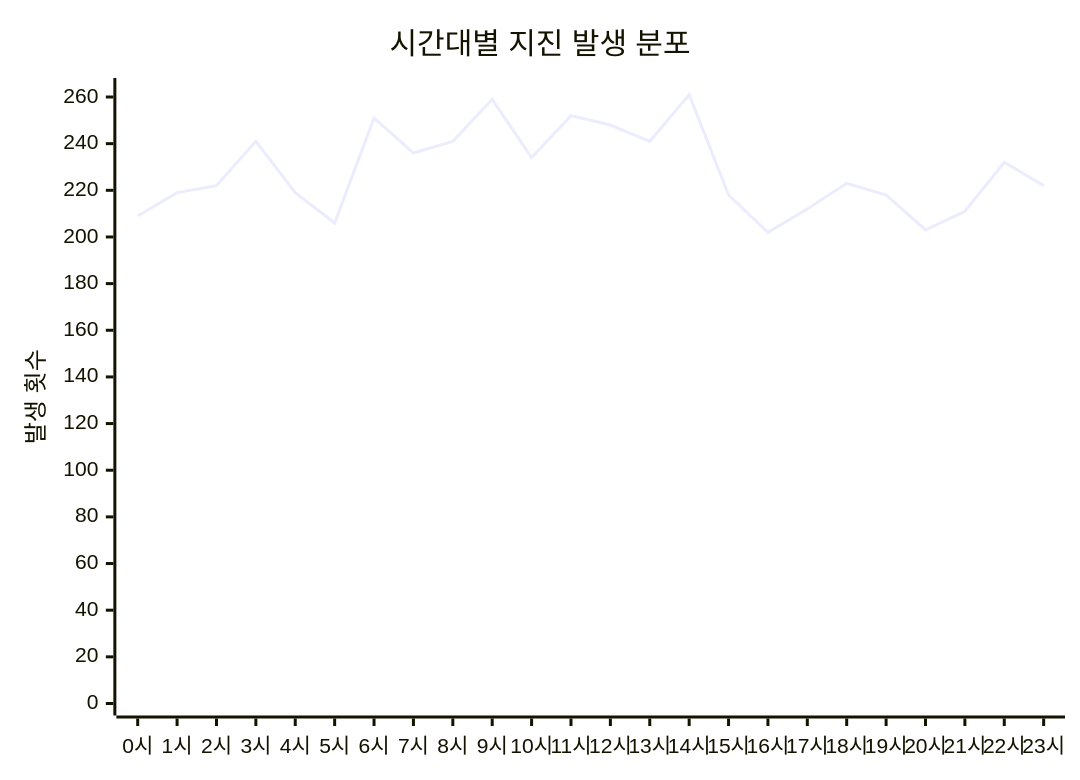
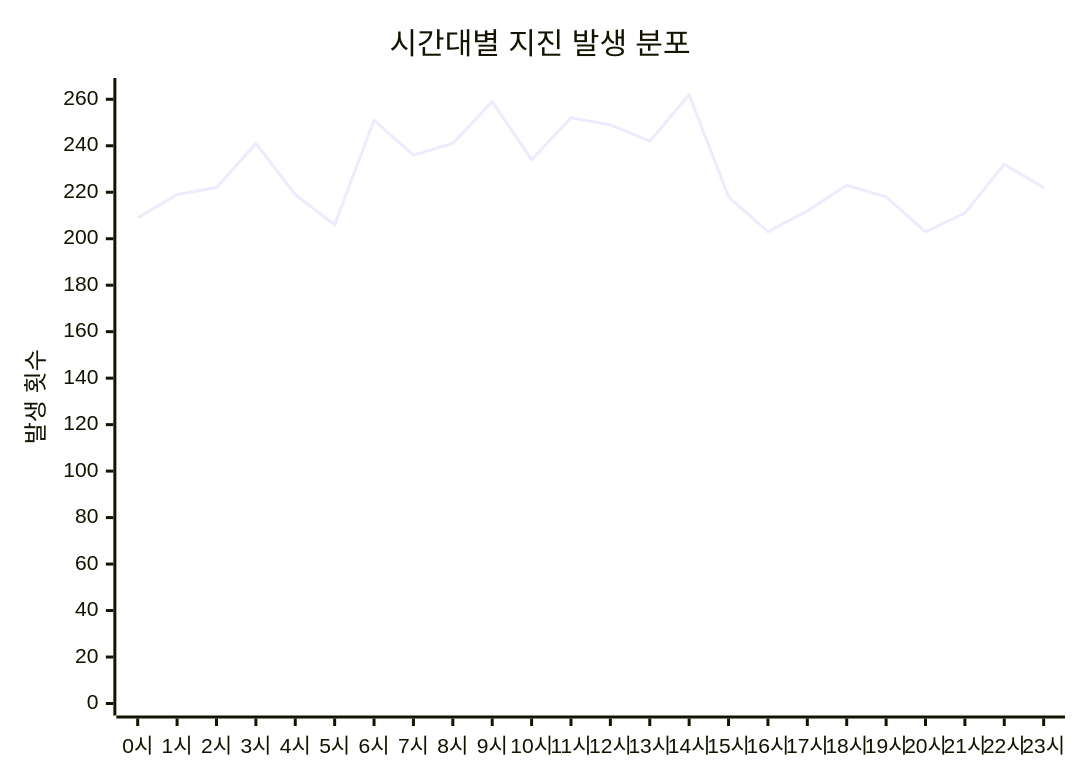
Before and after one commit to serendip811/japan-eq: the diagram in charts/time-chart.md, drawn with Mermaid. The commit also changed other lines of this file and 5 other files, not shown here.

Commit message:
Update earthquake data and charts Mon Sep 21 17:47:04 UTC 2026

````diff
--- a/charts/time-chart.md
+++ b/charts/time-chart.md
@@ -3,7 +3,7 @@
 ```mermaid
 xychart-beta
     title "시간대별 지진 발생 분포"
     x-axis ["0시", "1시", "2시", "3시", "4시", "5시", "6시", "7시", "8시", "9시", "10시", "11시", "12시", "13시", "14시", "15시", "16시", "17시", "18시", "19시", "20시", "21시", "22시", "23시"]
-    y-axis "발생 횟수" 0 --> 263
-    line [209, 219, 222, 241, 219, 206, 251, 236, 241, 259, 234, 252, 248, 241, 261, 218, 202, 212, 223, 218, 203, 211, 232, 222]
+    y-axis "발생 횟수" 0 --> 264
+    line [209, 219, 222, 241, 219, 206, 251, 236, 241, 259, 234, 252, 249, 242, 262, 218, 203, 212, 223, 218, 203, 211, 232, 222]
 ```
````
